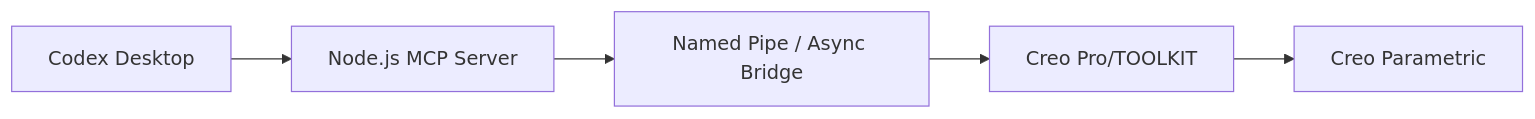
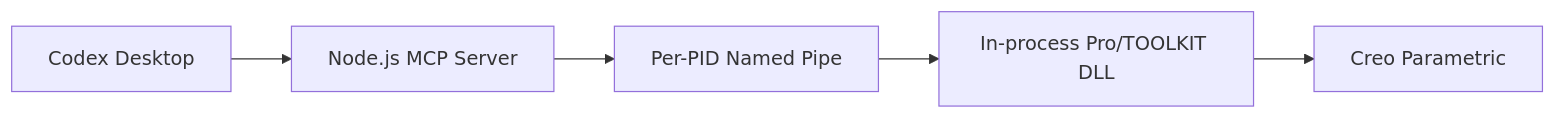
One commit to 520-YM/codex-creo-mcp changed the diagram in README.md. Above: the diagram before and after it, drawn with Mermaid. The commit also changed other lines of this file and 61 other files, not shown here.

````diff
--- a/README.md
+++ b/README.md
@@ -17,7 +17,7 @@
 ```mermaid
 flowchart LR
     C[Codex Desktop] --> M[Node.js MCP Server]
-    M --> P[Named Pipe / Async Bridge]
-    P --> T[Creo Pro/TOOLKIT]
-    T --> R[Creo Parametric]
+    M --> P[Per-PID Named Pipe]
+    P --> D[In-process Pro/TOOLKIT DLL]
+    D --> R[Creo Parametric]
 ```
````
